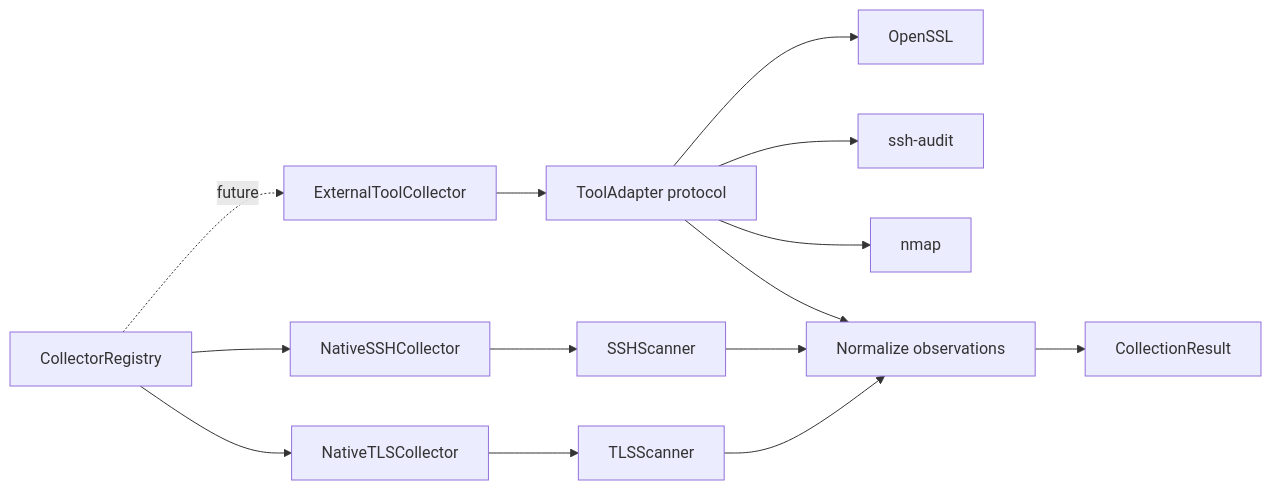
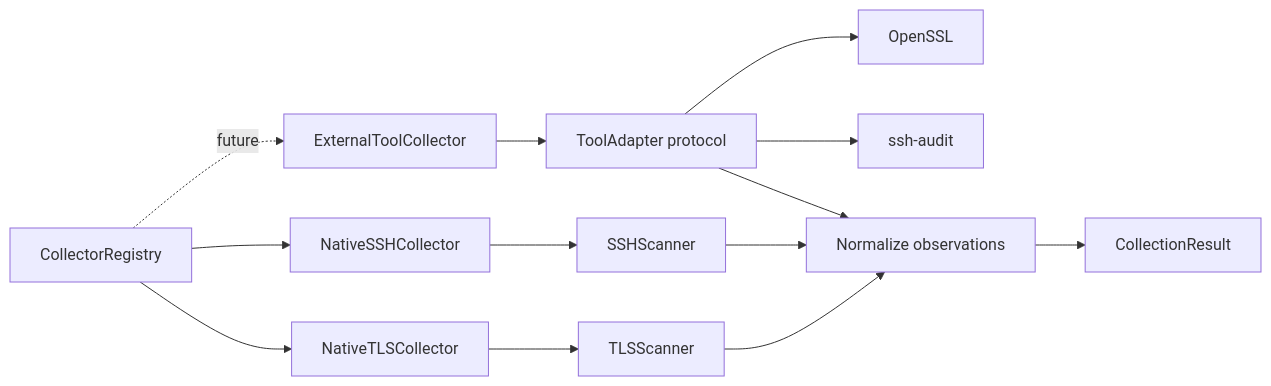
One commit to BreachSAFE/qureddy changed the seventh of 10 diagrams in docs/explanation/architecture.md. Above: the diagram before and after it, drawn with Mermaid. The commit also changed other lines of this file and 5 other files, not shown here.

````diff
--- a/docs/explanation/architecture.md
+++ b/docs/explanation/architecture.md
@@ -352,18 +352,17 @@
 ```mermaid
 flowchart LR
     registry["CollectorRegistry"] --> native["NativeTLSCollector"]
     registry --> ssh["NativeSSHCollector"]
     registry -. future .-> adapter["ExternalToolCollector"]
 
     native --> tls["TLSScanner"]
     ssh --> sshscan["SSHScanner"]
     adapter --> port["ToolAdapter protocol"]
     port --> openssl["OpenSSL"]
     port --> sshaudit["ssh-audit"]
-    port --> nmap["nmap"]
 
     tls --> normalize["Normalize observations"]
     sshscan --> normalize
     port --> normalize
     normalize --> contract["CollectionResult"]
 ```
````
